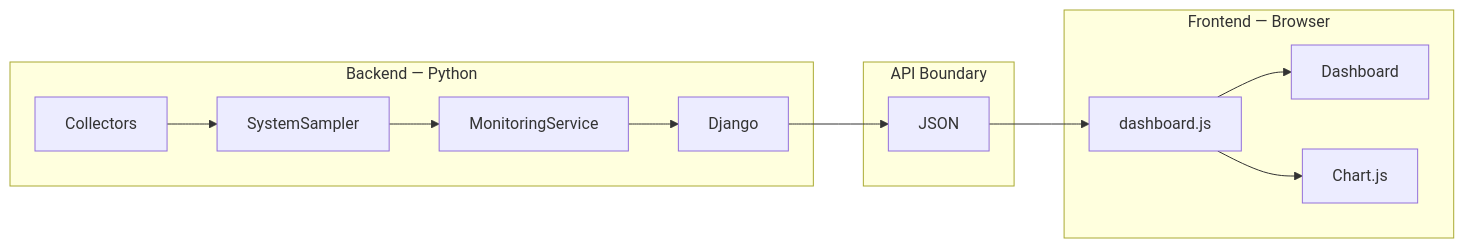
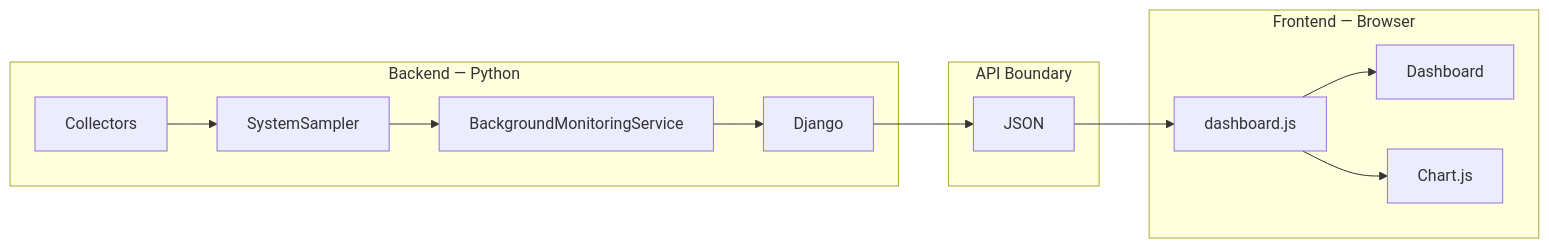
Before and after one commit to IronRon/Sys-Monitor: the third of 14 diagrams in docs/api.md, drawn with Mermaid. The commit also changed other lines of this file and 8 other files, not shown here.

First line of the commit message:
Refactor monitoring architecture to implement continuous background sampling

````diff
--- a/docs/api.md
+++ b/docs/api.md
@@ -194,28 +194,28 @@
 ```mermaid
 flowchart LR
     subgraph Backend["Backend — Python"]
         C["Collectors"]
         S["SystemSampler"]
-        MS["MonitoringService"]
+        MS["BackgroundMonitoringService"]
         D["Django"]
     end
 
     subgraph Boundary["API Boundary"]
         J["JSON"]
     end
 
     subgraph Frontend["Frontend — Browser"]
         JS["dashboard.js"]
         UI["Dashboard"]
         CHART["Chart.js"]
     end
 
     C --> S
     S --> MS
     MS --> D
     D --> J
 
     J --> JS
     JS --> UI
     JS --> CHART
 ```
````
